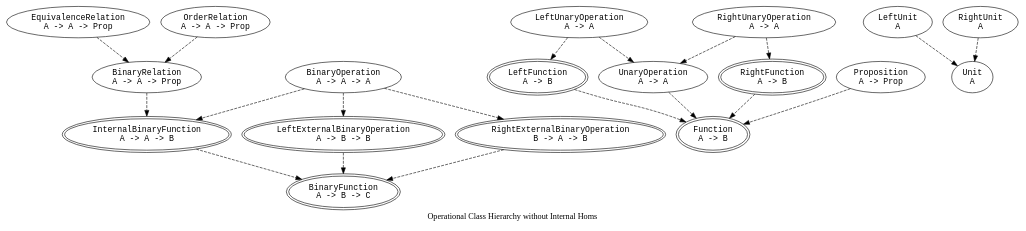
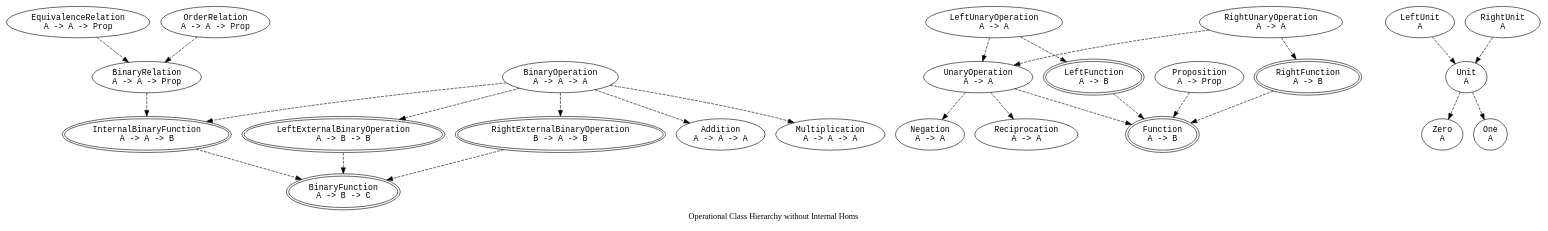
Before and after one commit to Tuplanolla/dez: the diagram in bird/has.dot, drawn with Graphviz. The commit also changed 11 other files, not shown here.

```diff
--- a/bird/has.dot
+++ b/bird/has.dot
@@ -1,57 +1,71 @@
 digraph Has {
   label = "Operational Class Hierarchy without Internal Homs"
 
   node [fontname = monospace]
 
   subgraph ManySort {
     label = "ManySortedly"
 
     node [peripheries = 2]
 
     BinFn [label = "BinaryFunction\nA -> B -> C"]
     Fn [label = "Function\nA -> B"]
     IntBinFn [label = "InternalBinaryFunction\nA -> A -> B"]
     LExtBinOp [label = "LeftExternalBinaryOperation\nA -> B -> B"]
     LFn [label = "LeftFunction\nA -> B"]
     RExtBinOp [label = "RightExternalBinaryOperation\nB -> A -> B"]
     RFn [label = "RightFunction\nA -> B"]
   }
 
   subgraph OneSort {
     label = "OneSortedly"
 
     BinOp [label = "BinaryOperation\nA -> A -> A"]
     BinRel [label = "BinaryRelation\nA -> A -> Prop"]
     EqRel [label = "EquivalenceRelation\nA -> A -> Prop"]
     LUn [label = "LeftUnit\nA"]
     LUnOp [label = "LeftUnaryOperation\nA -> A"]
     OrdRel [label = "OrderRelation\nA -> A -> Prop"]
     Prop [label = "Proposition\nA -> Prop"]
     RUn [label = "RightUnit\nA"]
     RUnOp [label = "RightUnaryOperation\nA -> A"]
     Un [label = "Unit\nA"]
     UnOp [label = "UnaryOperation\nA -> A"]
+
+    Add [label = "Addition\nA -> A -> A"]
+    Zero [label = "Zero\nA"]
+    Neg [label = "Negation\nA -> A"]
+    Mul [label = "Multiplication\nA -> A -> A"]
+    One [label = "One\nA"]
+    Recip [label = "Reciprocation\nA -> A"]
   }
 
   edge [style = dashed]
 
   BinOp -> IntBinFn
   BinOp -> LExtBinOp
   BinOp -> RExtBinOp
   BinRel -> IntBinFn
   EqRel -> BinRel
   IntBinFn -> BinFn
   LExtBinOp -> BinFn
   LFn -> Fn
   LUn -> Un
   LUnOp -> LFn
   LUnOp -> UnOp
   OrdRel -> BinRel
   Prop -> Fn
   RExtBinOp -> BinFn
   RFn -> Fn
   RUn -> Un
   RUnOp -> RFn
   RUnOp -> UnOp
   UnOp -> Fn
+
+  BinOp -> Add
+  BinOp -> Mul
+  Un -> Zero
+  Un -> One
+  UnOp -> Neg
+  UnOp -> Recip
 }
```
